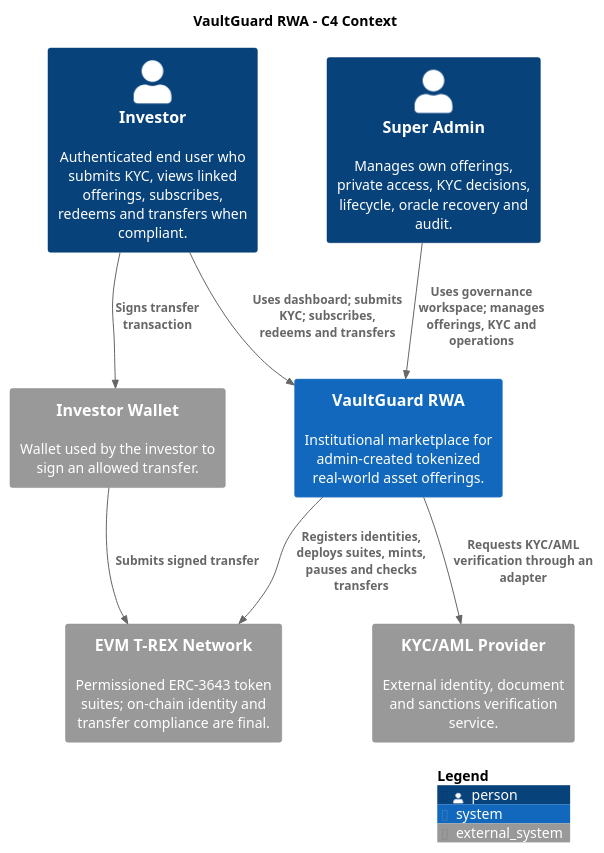
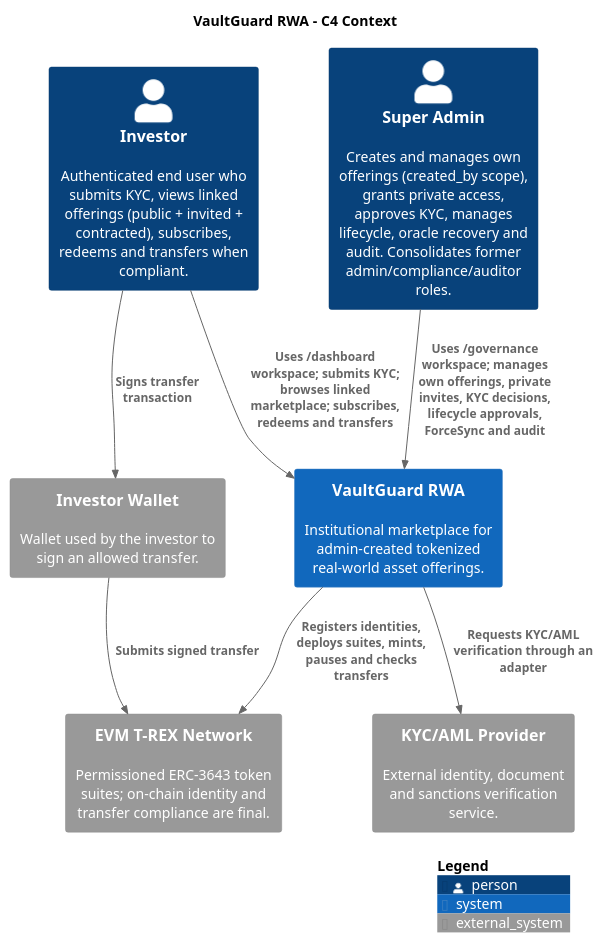
One commit to andreilopes11/rwa-tokenized-compliance-platform changed the diagram in Diagrams/1.C4-Context Diagram.puml. Above: the diagram before and after it, drawn with PlantUML. The commit also changed 25 other files, not shown here.

```diff
--- a/Diagrams/1.C4-Context Diagram.puml
+++ b/Diagrams/1.C4-Context Diagram.puml
@@ -1,25 +1,25 @@
 @startuml VaultGuard-C4-Context
 !include https://raw.githubusercontent.com/plantuml-stdlib/C4-PlantUML/master/C4_Context.puml
 
 title VaultGuard RWA - C4 Context
 
 LAYOUT_WITH_LEGEND()
 
-Person(investor, "Investor", "Authenticated end user who submits KYC, views linked offerings, subscribes, redeems and transfers when compliant.")
-Person(admin, "Super Admin", "Manages own offerings, private access, KYC decisions, lifecycle, oracle recovery and audit.")
+Person(investor, "Investor", "Authenticated end user who submits KYC, views linked offerings (public + invited + contracted), subscribes, redeems and transfers when compliant.")
+Person(superAdmin, "Super Admin", "Creates and manages own offerings (created_by scope), grants private access, approves KYC, manages lifecycle, oracle recovery and audit. Consolidates former admin/compliance/auditor roles.")
 
 System(vaultguard, "VaultGuard RWA", "Institutional marketplace for admin-created tokenized real-world asset offerings.")
 
 System_Ext(kyc, "KYC/AML Provider", "External identity, document and sanctions verification service.")
 System_Ext(blockchain, "EVM T-REX Network", "Permissioned ERC-3643 token suites; on-chain identity and transfer compliance are final.")
 System_Ext(wallet, "Investor Wallet", "Wallet used by the investor to sign an allowed transfer.")
 
-Rel(investor, vaultguard, "Uses dashboard; submits KYC; subscribes, redeems and transfers")
-Rel(admin, vaultguard, "Uses governance workspace; manages offerings, KYC and operations")
+Rel(investor, vaultguard, "Uses /dashboard workspace; submits KYC; browses linked marketplace; subscribes, redeems and transfers")
+Rel(superAdmin, vaultguard, "Uses /governance workspace; manages own offerings, private invites, KYC decisions, lifecycle approvals, ForceSync and audit")
 Rel(vaultguard, kyc, "Requests KYC/AML verification through an adapter")
 Rel(vaultguard, blockchain, "Registers identities, deploys suites, mints, pauses and checks transfers")
 Rel(investor, wallet, "Signs transfer transaction")
 Rel(wallet, blockchain, "Submits signed transfer")
 
 SHOW_LEGEND()
 @enduml
```
